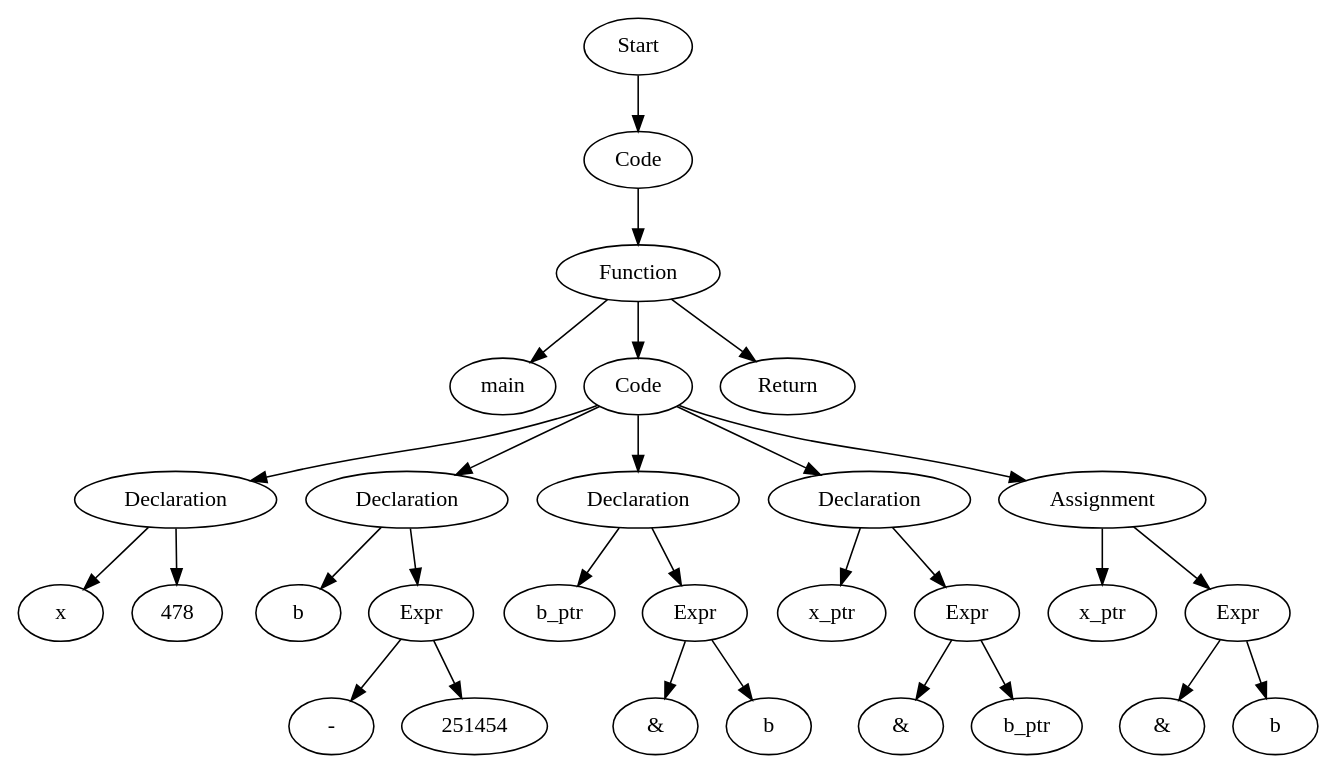
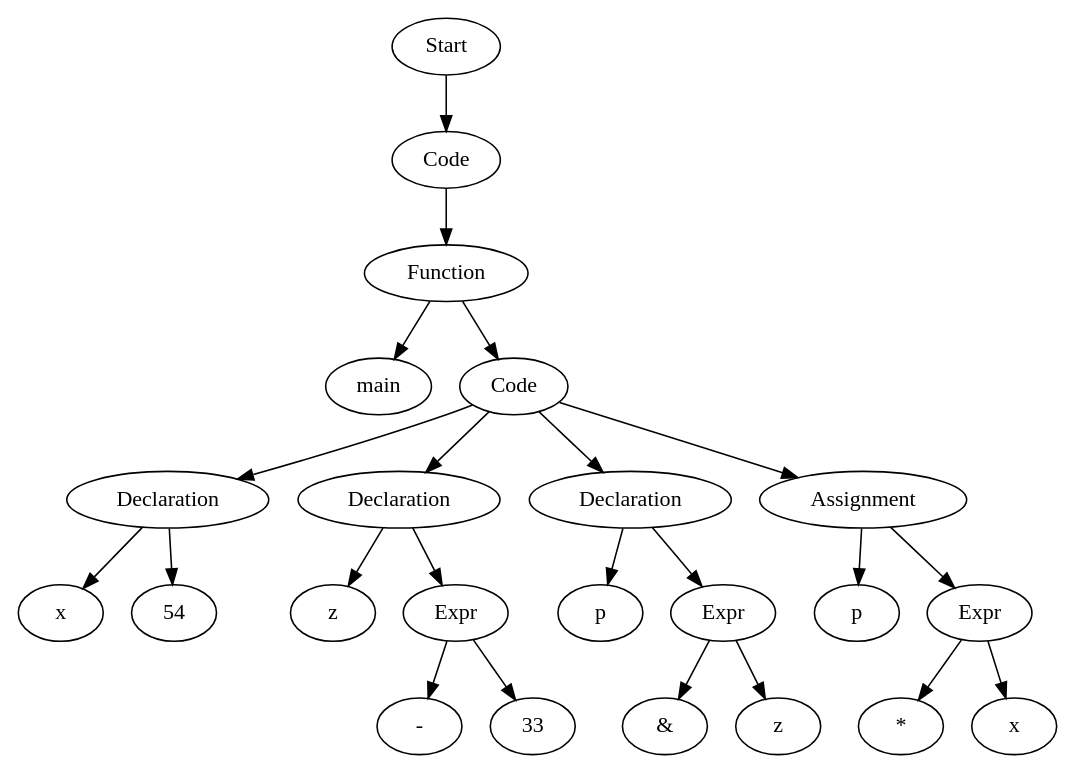
One commit to Are-you-listening/Compilers changed the diagram in src/TestFiles/ASTTests/SemanticErrorsTests/CreateTests/read_file_before.dot. Above: the diagram before and after it, drawn with Graphviz. The commit also changed 22 other files, not shown here.

```diff
--- a/src/TestFiles/ASTTests/SemanticErrorsTests/CreateTests/read_file_before.dot
+++ b/src/TestFiles/ASTTests/SemanticErrorsTests/CreateTests/read_file_before.dot
@@ -1,59 +1,47 @@
 digraph AST {
-  "125476824819040" [label="Start"];
-  "125476824819040" -> "125476824816112";
-  "125476824816112" [label="Code"];
-  "125476824816112" -> "125476824817840";
-  "125476824817840" [label="Function"];
-  "125476824817840" -> "125476824817984";
-  "125476824817840" -> "125476824817264";
-  "125476824817840" -> "125476824814576";
-  "125476824817984" [label="main"];
-  "125476824817264" [label="Code"];
-  "125476824817264" -> "125476824814672";
-  "125476824817264" -> "125476824819952";
-  "125476824817264" -> "125476824820768";
-  "125476824817264" -> "125476824821872";
-  "125476824817264" -> "125476824823120";
-  "125476824814672" [label="Declaration"];
-  "125476824814672" -> "125476824818704";
-  "125476824814672" -> "125476824820048";
-  "125476824818704" [label="x"];
-  "125476824820048" [label="478"];
-  "125476824819952" [label="Declaration"];
-  "125476824819952" -> "125476824820384";
-  "125476824819952" -> "125476824820624";
-  "125476824820384" [label="b"];
-  "125476824820624" [label="Expr"];
-  "125476824820624" -> "125476824820720";
-  "125476824820624" -> "125476824821056";
-  "125476824820720" [label="-"];
-  "125476824821056" [label="251454"];
-  "125476824820768" [label="Declaration"];
-  "125476824820768" -> "125476824821344";
-  "125476824820768" -> "125476824821728";
-  "125476824821344" [label="b_ptr"];
-  "125476824821728" [label="Expr"];
-  "125476824821728" -> "125476824821824";
-  "125476824821728" -> "125476824822160";
-  "125476824821824" [label="&"];
-  "125476824822160" [label="b"];
-  "125476824821872" [label="Declaration"];
-  "125476824821872" -> "125476824822448";
-  "125476824821872" -> "125476824822976";
-  "125476824822448" [label="x_ptr"];
-  "125476824822976" [label="Expr"];
-  "125476824822976" -> "125476824823072";
-  "125476824822976" -> "125476824823408";
-  "125476824823072" [label="&"];
-  "125476824823408" [label="b_ptr"];
-  "125476824823120" [label="Assignment"];
-  "125476824823120" -> "125476824823504";
-  "125476824823120" -> "125476824823648";
-  "125476824823504" [label="x_ptr"];
-  "125476824823648" [label="Expr"];
-  "125476824823648" -> "125476824823744";
-  "125476824823648" -> "125476824824080";
-  "125476824823744" [label="&"];
-  "125476824824080" [label="b"];
-  "125476824814576" [label="Return"];
+  "138430607648240" [label="Start"];
+  "138430607648240" -> "138430607648096";
+  "138430607648096" [label="Code"];
+  "138430607648096" -> "138430607646656";
+  "138430607646656" [label="Function"];
+  "138430607646656" -> "138430607646848";
+  "138430607646656" -> "138430607648192";
+  "138430607646848" [label="main"];
+  "138430607648192" [label="Code"];
+  "138430607648192" -> "138430607647472";
+  "138430607648192" -> "138430607647664";
+  "138430607648192" -> "138430607649488";
+  "138430607648192" -> "138430607650592";
+  "138430607647472" [label="Declaration"];
+  "138430607647472" -> "138430607646752";
+  "138430607647472" -> "138430607647808";
+  "138430607646752" [label="x"];
+  "138430607647808" [label="54"];
+  "138430607647664" [label="Declaration"];
+  "138430607647664" -> "138430607649104";
+  "138430607647664" -> "138430607649344";
+  "138430607649104" [label="z"];
+  "138430607649344" [label="Expr"];
+  "138430607649344" -> "138430607649440";
+  "138430607649344" -> "138430607649776";
+  "138430607649440" [label="-"];
+  "138430607649776" [label="33"];
+  "138430607649488" [label="Declaration"];
+  "138430607649488" -> "138430607650064";
+  "138430607649488" -> "138430607650448";
+  "138430607650064" [label="p"];
+  "138430607650448" [label="Expr"];
+  "138430607650448" -> "138430607650544";
+  "138430607650448" -> "138430607650880";
+  "138430607650544" [label="&"];
+  "138430607650880" [label="z"];
+  "138430607650592" [label="Assignment"];
+  "138430607650592" -> "138430607650976";
+  "138430607650592" -> "138430607651120";
+  "138430607650976" [label="p"];
+  "138430607651120" [label="Expr"];
+  "138430607651120" -> "138430607651216";
+  "138430607651120" -> "138430607651552";
+  "138430607651216" [label="*"];
+  "138430607651552" [label="x"];
 }
```
